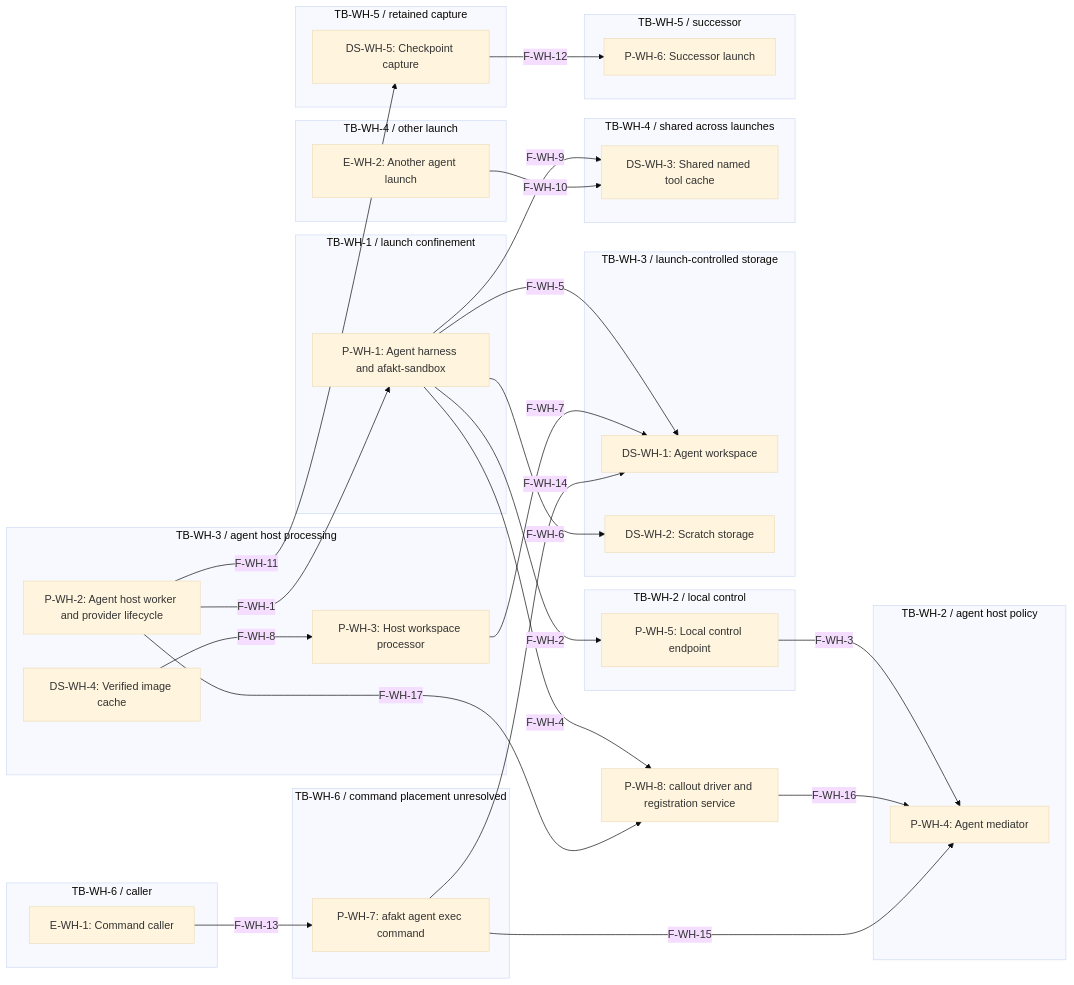
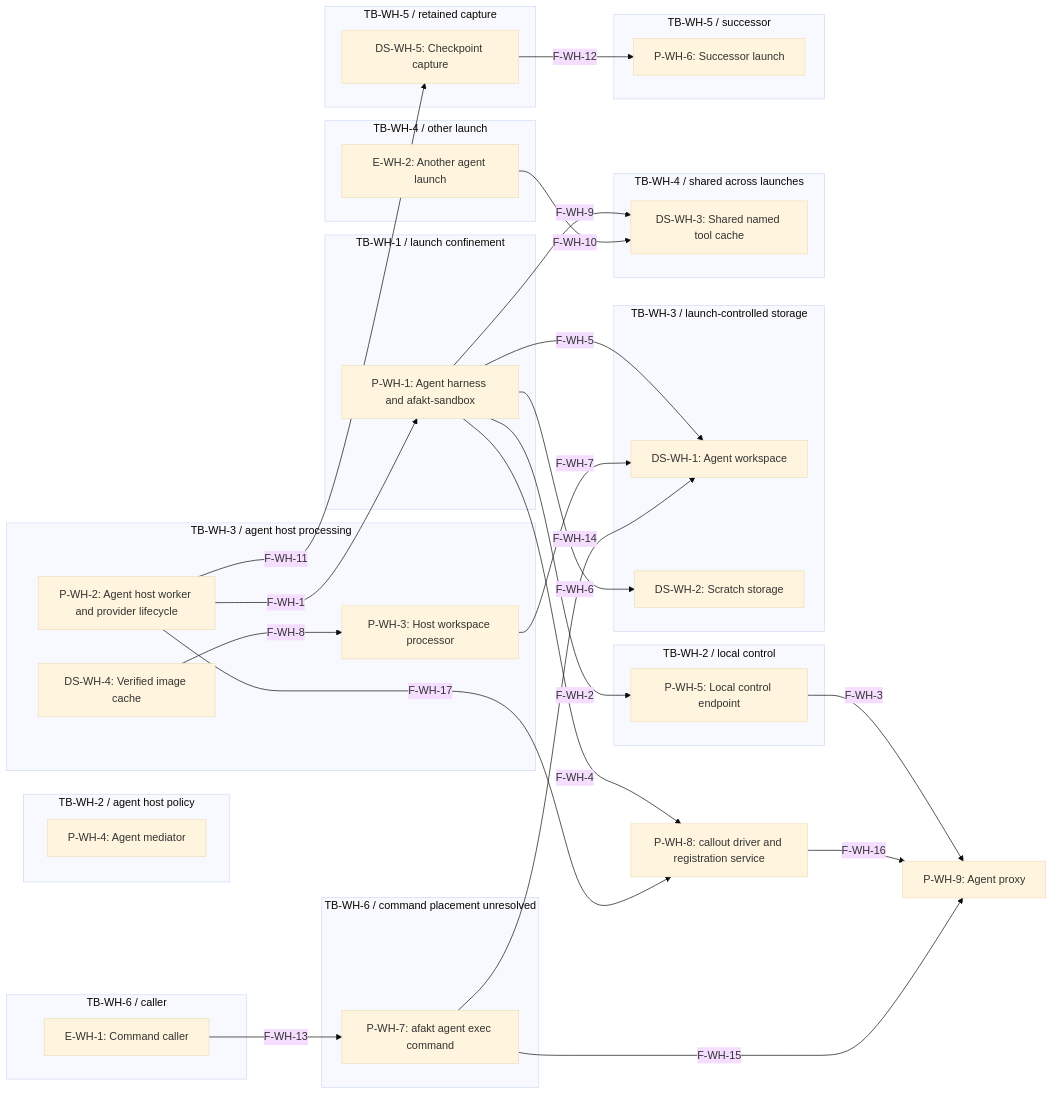
One commit to tbhb-dev/afakt changed the first of 6 diagrams in docs/agent-threat-model-windows-host.md. Above: the diagram before and after it, drawn with Mermaid (base theme). The commit also changed other lines of this file and 96 other files, not shown here.

````diff
--- a/docs/agent-threat-model-windows-host.md
+++ b/docs/agent-threat-model-windows-host.md
@@ -78,57 +78,58 @@
 ```mermaid
 flowchart LR
+    P-WH-9["P-WH-9: Agent proxy"]
     subgraph z0["TB-WH-1 / launch confinement"]
         P-WH-1["P-WH-1: Agent harness and afakt-sandbox"]
     end
     subgraph z1["TB-WH-2 / local control"]
         P-WH-5["P-WH-5: Local control endpoint"]
     end
     subgraph z2["TB-WH-2 / agent host policy"]
         P-WH-4["P-WH-4: Agent mediator"]
     end
     subgraph z3["TB-WH-3 / launch-controlled storage"]
         DS-WH-1["DS-WH-1: Agent workspace"]
         DS-WH-2["DS-WH-2: Scratch storage"]
     end
     subgraph z4["TB-WH-3 / agent host processing"]
         P-WH-2["P-WH-2: Agent host worker and provider lifecycle"]
         P-WH-3["P-WH-3: Host workspace processor"]
         DS-WH-4["DS-WH-4: Verified image cache"]
     end
     subgraph z5["TB-WH-4 / shared across launches"]
         DS-WH-3["DS-WH-3: Shared named tool cache"]
     end
     subgraph z6["TB-WH-4 / other launch"]
         E-WH-2["E-WH-2: Another agent launch"]
     end
     subgraph z7["TB-WH-5 / retained capture"]
         DS-WH-5["DS-WH-5: Checkpoint capture"]
     end
     subgraph z8["TB-WH-5 / successor"]
         P-WH-6["P-WH-6: Successor launch"]
     end
     subgraph z9["TB-WH-6 / caller"]
         E-WH-1["E-WH-1: Command caller"]
     end
     subgraph z10["TB-WH-6 / command placement unresolved"]
         P-WH-7["P-WH-7: afakt agent exec command"]
     end
     P-WH-2 -->|"F-WH-1"| P-WH-1
     P-WH-1 -->|"F-WH-2"| P-WH-5
-    P-WH-5 -->|"F-WH-3"| P-WH-4
+    P-WH-5 -->|"F-WH-3"| P-WH-9
     P-WH-8["P-WH-8: callout driver and registration service"]
     P-WH-1 -->|"F-WH-4"| P-WH-8
-    P-WH-8 -->|"F-WH-16"| P-WH-4
+    P-WH-8 -->|"F-WH-16"| P-WH-9
     P-WH-2 -->|"F-WH-17"| P-WH-8
     P-WH-1 -->|"F-WH-5"| DS-WH-1
     P-WH-1 -->|"F-WH-6"| DS-WH-2
     P-WH-3 -->|"F-WH-7"| DS-WH-1
     DS-WH-4 -->|"F-WH-8"| P-WH-3
     P-WH-1 -->|"F-WH-9"| DS-WH-3
     E-WH-2 -->|"F-WH-10"| DS-WH-3
     P-WH-2 -->|"F-WH-11"| DS-WH-5
     DS-WH-5 -->|"F-WH-12"| P-WH-6
     E-WH-1 -->|"F-WH-13"| P-WH-7
     P-WH-7 -->|"F-WH-14"| DS-WH-1
-    P-WH-7 -->|"F-WH-15"| P-WH-4
+    P-WH-7 -->|"F-WH-15"| P-WH-9
 ```
````
